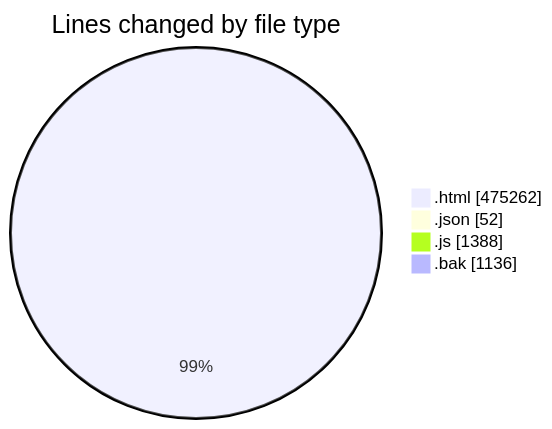
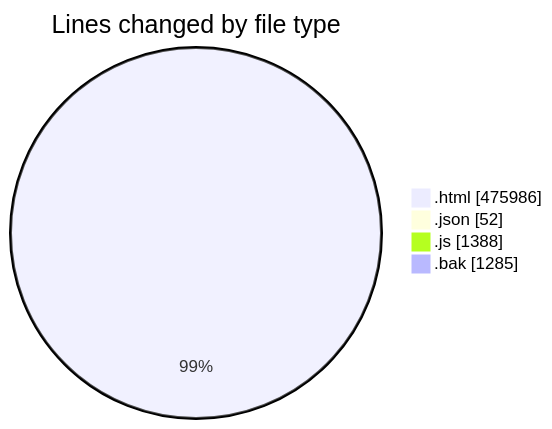
The first of 2 diagrams in 2025-09-16/www/README.md (vahidmafi/code-tracking), drawn with Mermaid before and after one commit. The commit also changed other lines of this file and 1 other file, not shown here.

````diff
--- a/2025-09-16/www/README.md
+++ b/2025-09-16/www/README.md
@@ -587,8 +587,8 @@
 ```mermaid
 pie showData
 title Lines changed by file type
-".html" : 475262
+".html" : 475986
 ".json" : 52
 ".js" : 1388
-".bak" : 1136
+".bak" : 1285
 ```
````
